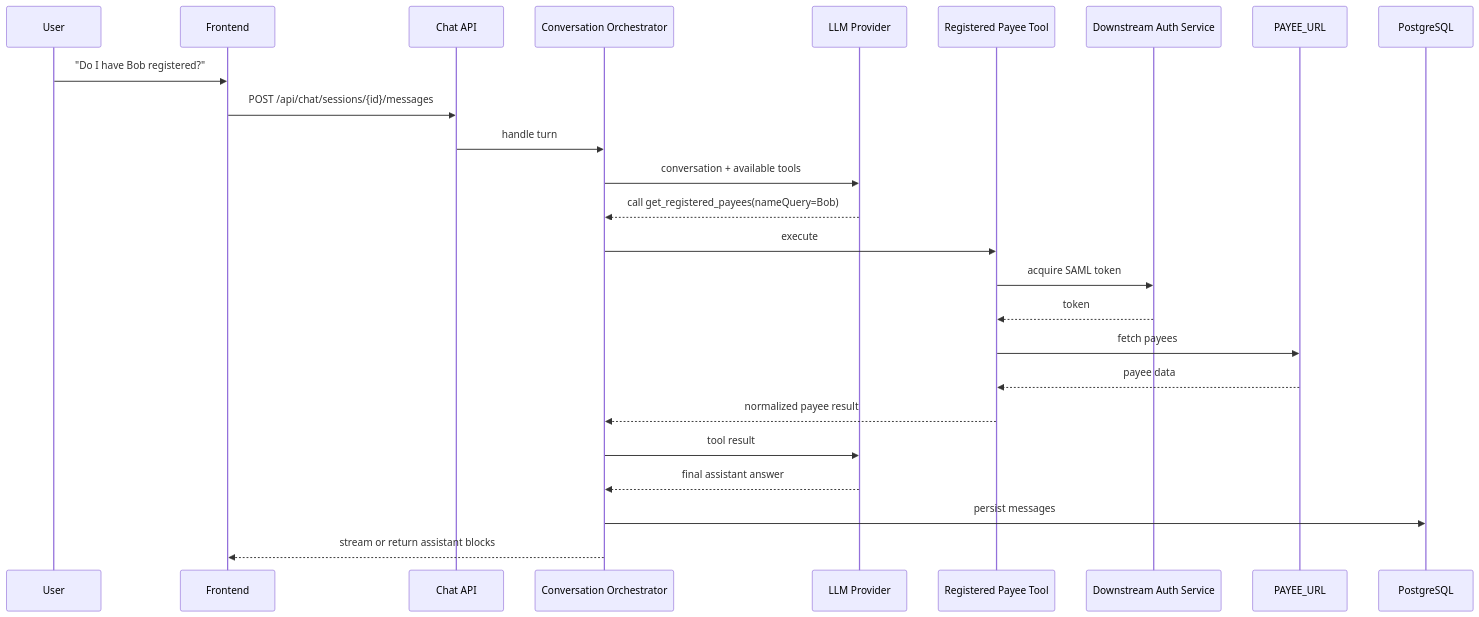
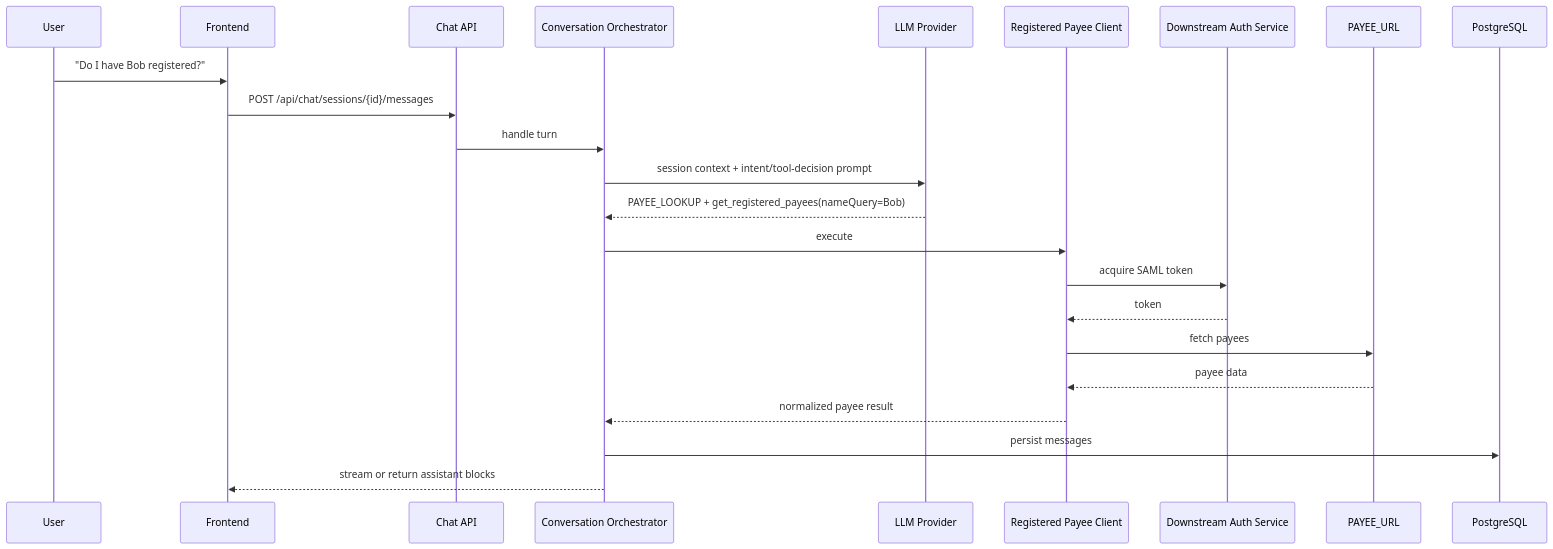
The third of 4 diagrams in docs/01-system_design.md (VictorZhong/chat2pay), drawn with Mermaid before and after one commit. The commit also changed other lines of this file and 37 other files, not shown here.

````diff
--- a/docs/01-system_design.md
+++ b/docs/01-system_design.md
@@ -411,28 +425,26 @@
 ```mermaid
 sequenceDiagram
     participant U as User
     participant FE as Frontend
     participant API as Chat API
     participant ORC as Conversation Orchestrator
     participant LLM as LLM Provider
-    participant TOOL as Registered Payee Tool
+    participant TOOL as Registered Payee Client
     participant AUTH as Downstream Auth Service
     participant PAYEE as PAYEE_URL
     participant DB as PostgreSQL
 
     U->>FE: "Do I have Bob registered?"
     FE->>API: POST /api/chat/sessions/{id}/messages
     API->>ORC: handle turn
-    ORC->>LLM: conversation + available tools
-    LLM-->>ORC: call get_registered_payees(nameQuery=Bob)
+    ORC->>LLM: session context + intent/tool-decision prompt
+    LLM-->>ORC: PAYEE_LOOKUP + get_registered_payees(nameQuery=Bob)
     ORC->>TOOL: execute
     TOOL->>AUTH: acquire SAML token
     AUTH-->>TOOL: token
     TOOL->>PAYEE: fetch payees
     PAYEE-->>TOOL: payee data
     TOOL-->>ORC: normalized payee result
-    ORC->>LLM: tool result
-    LLM-->>ORC: final assistant answer
     ORC->>DB: persist messages
     ORC-->>FE: stream or return assistant blocks
 ```
````
